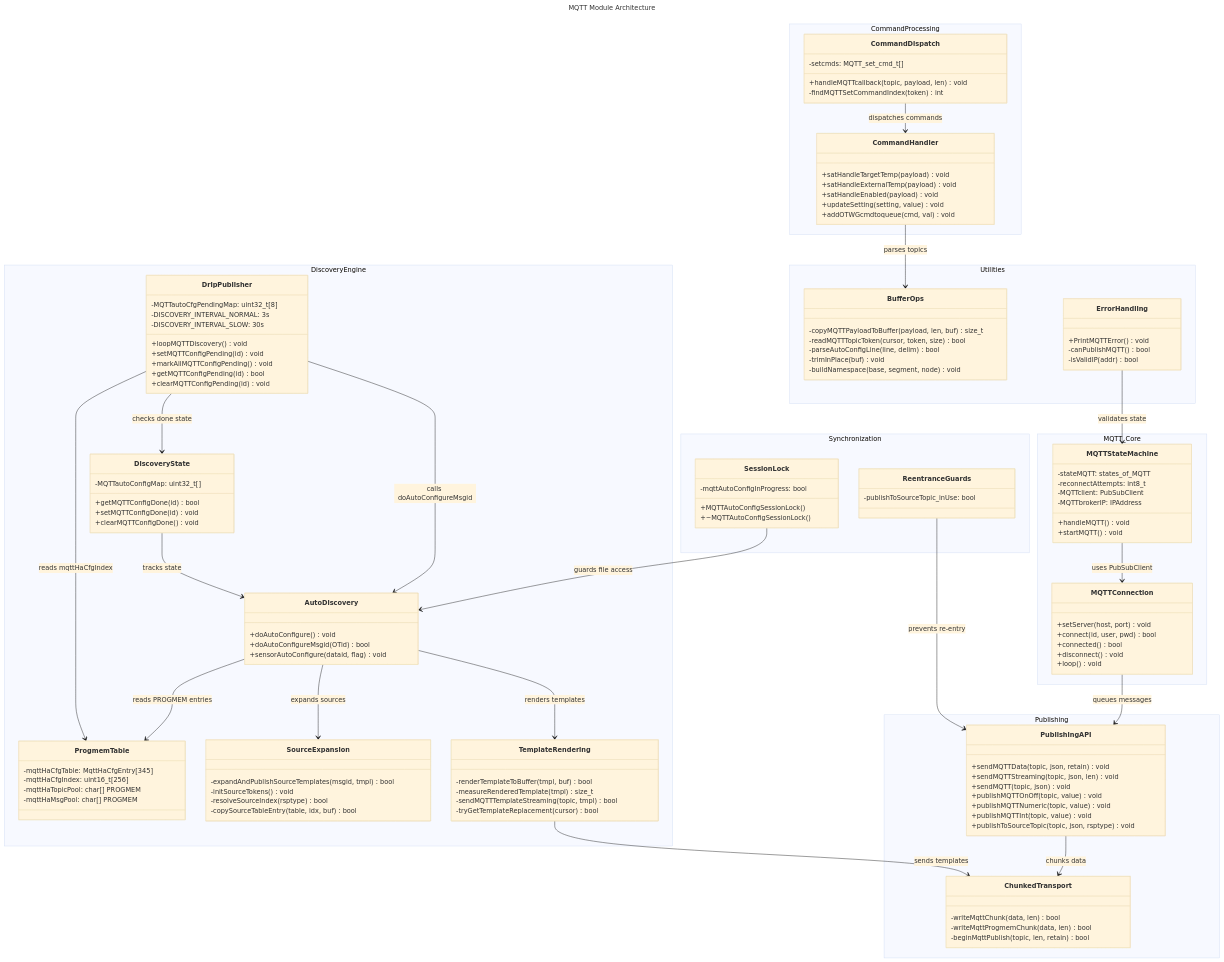
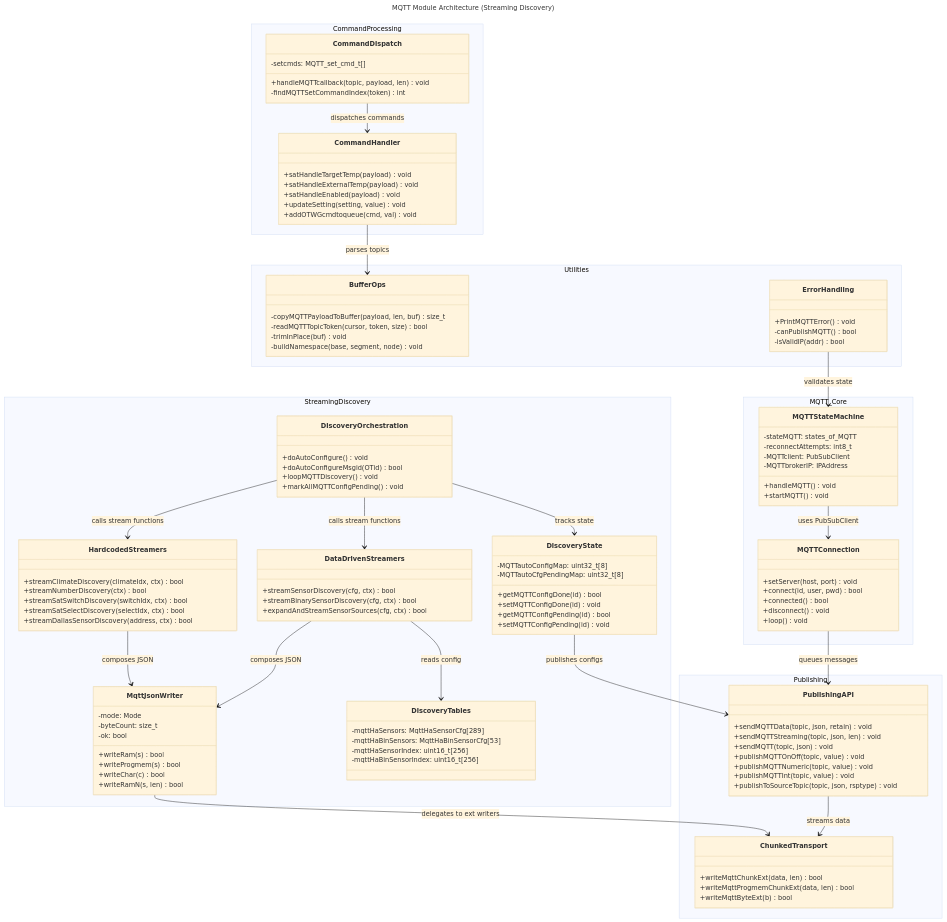
One commit to rvdbreemen/OTGW-firmware changed the diagram in docs/c4/c4-code-mqtt.md. Above: the diagram before and after it, drawn with Mermaid (base theme). The commit also changed other lines of this file and 29 other files, not shown here.

````diff
--- a/docs/c4/c4-code-mqtt.md
+++ b/docs/c4/c4-code-mqtt.md
@@ -944,6 +977,6 @@
 ```mermaid
 ---
-title: MQTT Module Architecture
+title: MQTT Module Architecture (Streaming Discovery)
 ---
 classDiagram
     namespace MQTT_Core {
@@ -977,56 +1010,58 @@
         }
         
         class ChunkedTransport {
-            -writeMqttChunk(data, len) bool
-            -writeMqttProgmemChunk(data, len) bool
-            -beginMqttPublish(topic, len, retain) bool
+            +writeMqttChunkExt(data, len) bool
+            +writeMqttProgmemChunkExt(data, len) bool
+            +writeMqttByteExt(b) bool
         }
     }
     
-    namespace DiscoveryEngine {
-        class AutoDiscovery {
+    namespace StreamingDiscovery {
+        class MqttJsonWriter {
+            -mode: Mode
+            -byteCount: size_t
+            -ok: bool
+            +writeRam(s) bool
+            +writeProgmem(s) bool
+            +writeChar(c) bool
+            +writeRamN(s, len) bool
+        }
+        
+        class DataDrivenStreamers {
+            +streamSensorDiscovery(cfg, ctx) bool
+            +streamBinarySensorDiscovery(cfg, ctx) bool
+            +expandAndStreamSensorSources(cfg, ctx) bool
+        }
+        
+        class HardcodedStreamers {
+            +streamClimateDiscovery(climateIdx, ctx) bool
+            +streamNumberDiscovery(ctx) bool
+            +streamSatSwitchDiscovery(switchIdx, ctx) bool
+            +streamSatSelectDiscovery(selectIdx, ctx) bool
+            +streamDallasSensorDiscovery(address, ctx) bool
+        }
+        
+        class DiscoveryTables {
+            -mqttHaSensors: MqttHaSensorCfg[289]
+            -mqttHaBinSensors: MqttHaBinSensorCfg[53]
+            -mqttHaSensorIndex: uint16_t[256]
+            -mqttHaBinSensorIndex: uint16_t[256]
+        }
+        
+        class DiscoveryOrchestration {
             +doAutoConfigure() void
             +doAutoConfigureMsgid(OTid) bool
-            +sensorAutoConfigure(dataid, flag) void
-        }
-        
-        class DripPublisher {
-            -MQTTautoCfgPendingMap: uint32_t[8]
-            -DISCOVERY_INTERVAL_NORMAL: 3s
-            -DISCOVERY_INTERVAL_SLOW: 30s
             +loopMQTTDiscovery() void
-            +setMQTTConfigPending(id) void
             +markAllMQTTConfigPending() void
-            +getMQTTConfigPending(id) bool
-            +clearMQTTConfigPending(id) void
-        }
-        
-        class ProgmemTable {
-            -mqttHaCfgTable: MqttHaCfgEntry[345]
-            -mqttHaCfgIndex: uint16_t[256]
-            -mqttHaTopicPool: char[] PROGMEM
-            -mqttHaMsgPool: char[] PROGMEM
         }
         
         class DiscoveryState {
-            -MQTTautoConfigMap: uint32_t[]
+            -MQTTautoConfigMap: uint32_t[8]
+            -MQTTautoCfgPendingMap: uint32_t[8]
             +getMQTTConfigDone(id) bool
             +setMQTTConfigDone(id) void
-            +clearMQTTConfigDone() void
-        }
-        
-        class TemplateRendering {
-            -renderTemplateToBuffer(tmpl, buf) bool
-            -measureRenderedTemplate(tmpl) size_t
-            -sendMQTTTemplateStreaming(topic, tmpl) bool
-            -tryGetTemplateReplacement(cursor) bool
-        }
-        
-        class SourceExpansion {
-            -expandAndPublishSourceTemplates(msgid, tmpl) bool
-            -initSourceTokens() void
-            -resolveSourceIndex(rsptype) bool
-            -copySourceTableEntry(table, idx, buf) bool
+            +getMQTTConfigPending(id) bool
+            +setMQTTConfigPending(id) void
         }
     }
     
@@ -1050,7 +1085,6 @@
         class BufferOps {
             -copyMQTTPayloadToBuffer(payload, len, buf) size_t
             -readMQTTTopicToken(cursor, token, size) bool
-            -parseAutoConfigLine(line, delim) bool
             -trimInPlace(buf) void
             -buildNamespace(base, segment, node) void
         }
@@ -1062,32 +1096,20 @@
         }
     }
     
-    namespace Synchronization {
-        class SessionLock {
-            -mqttAutoConfigInProgress: bool
-            +MQTTAutoConfigSessionLock()
-            +~MQTTAutoConfigSessionLock()
-        }
-        
-        class ReentranceGuards {
-            -publishToSourceTopic_inUse: bool
-        }
-    }
-    
     MQTTStateMachine --> MQTTConnection : uses PubSubClient
     MQTTConnection --> PublishingAPI : queues messages
-    PublishingAPI --> ChunkedTransport : chunks data
-    AutoDiscovery --> TemplateRendering : renders templates
-    AutoDiscovery --> SourceExpansion : expands sources
-    AutoDiscovery --> ProgmemTable : reads PROGMEM entries
-    DripPublisher --> AutoDiscovery : calls doAutoConfigureMsgid
-    DripPublisher --> DiscoveryState : checks done state
-    DripPublisher --> ProgmemTable : reads mqttHaCfgIndex
-    TemplateRendering --> ChunkedTransport : sends templates
-    DiscoveryState --> AutoDiscovery : tracks state
+    PublishingAPI --> ChunkedTransport : streams data
+    
+    MqttJsonWriter --> ChunkedTransport : delegates to ext writers
+    DataDrivenStreamers --> MqttJsonWriter : composes JSON
+    HardcodedStreamers --> MqttJsonWriter : composes JSON
+    DataDrivenStreamers --> DiscoveryTables : reads config
+    DiscoveryOrchestration --> DataDrivenStreamers : calls stream functions
+    DiscoveryOrchestration --> HardcodedStreamers : calls stream functions
+    DiscoveryOrchestration --> DiscoveryState : tracks state
+    DiscoveryState --> PublishingAPI : publishes configs
+    
     CommandDispatch --> CommandHandler : dispatches commands
     CommandHandler --> BufferOps : parses topics
-    SessionLock --> AutoDiscovery : guards file access
-    ReentranceGuards --> PublishingAPI : prevents re-entry
     ErrorHandling --> MQTTStateMachine : validates state
 ```
````
